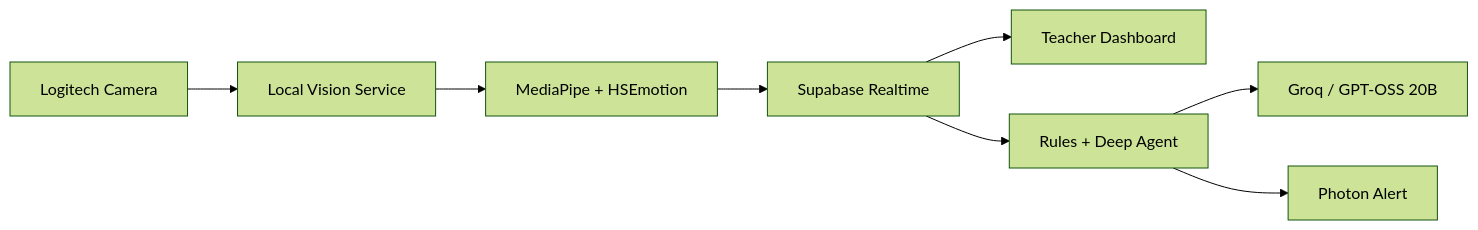
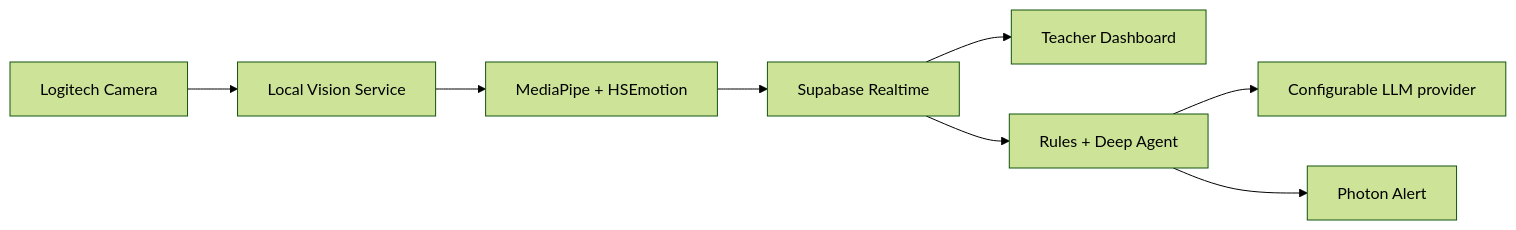
One commit to keithw24/cues changed the diagram in TEAM_WORKFLOW.md. Above: the diagram before and after it, drawn with Mermaid (forest theme). The commit also changed other lines of this file and 12 other files, not shown here.

````diff
--- a/TEAM_WORKFLOW.md
+++ b/TEAM_WORKFLOW.md
@@ -133,10 +135,10 @@
 ```mermaid
 flowchart LR
     A[Logitech Camera] --> B[Local Vision Service]
     B --> C[MediaPipe + HSEmotion]
     C --> D[Supabase Realtime]
     D --> E[Teacher Dashboard]
     D --> F[Rules + Deep Agent]
-    F --> G[Groq / GPT-OSS 20B]
+    F --> G[Configurable LLM provider]
     F --> H[Photon Alert]
 ```
````
